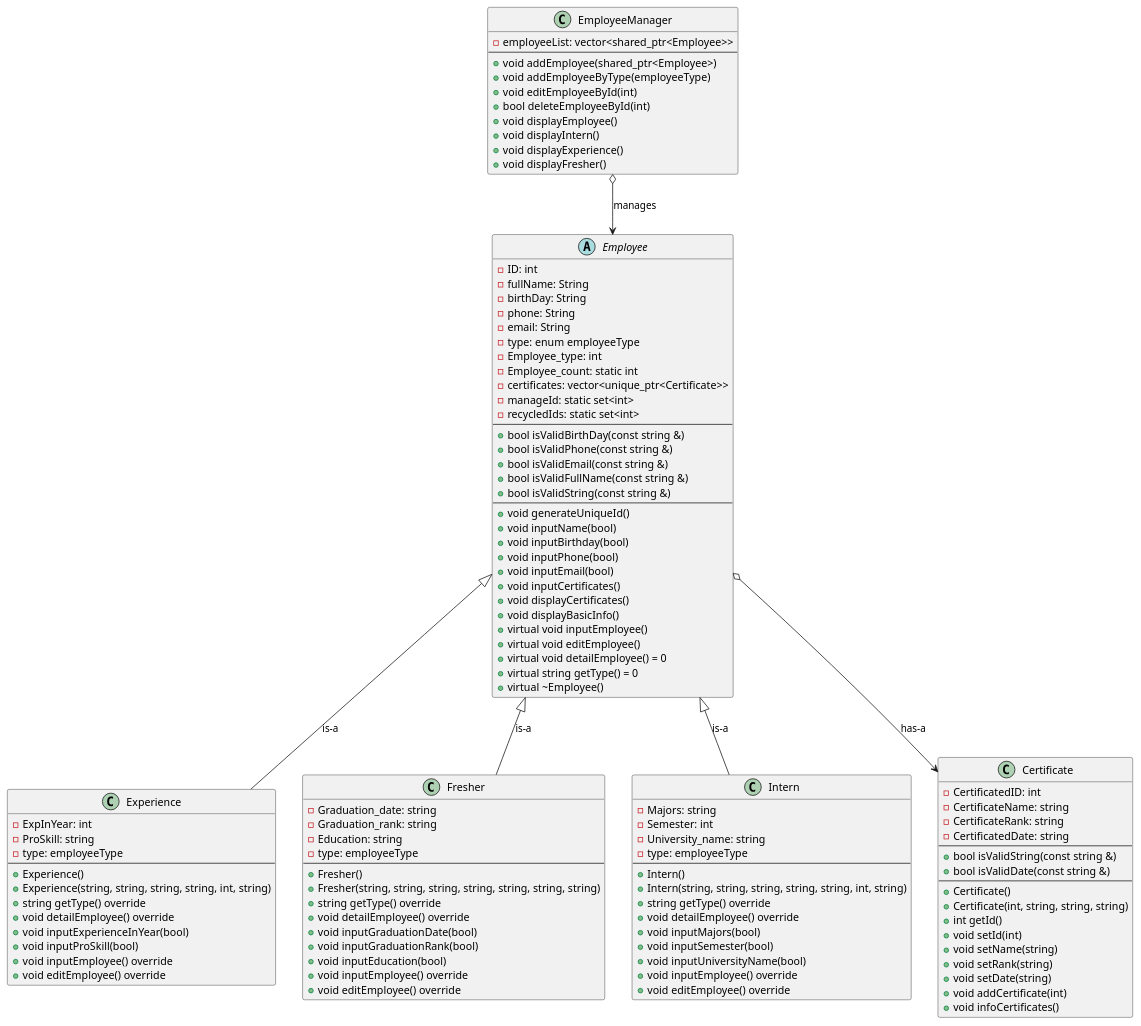
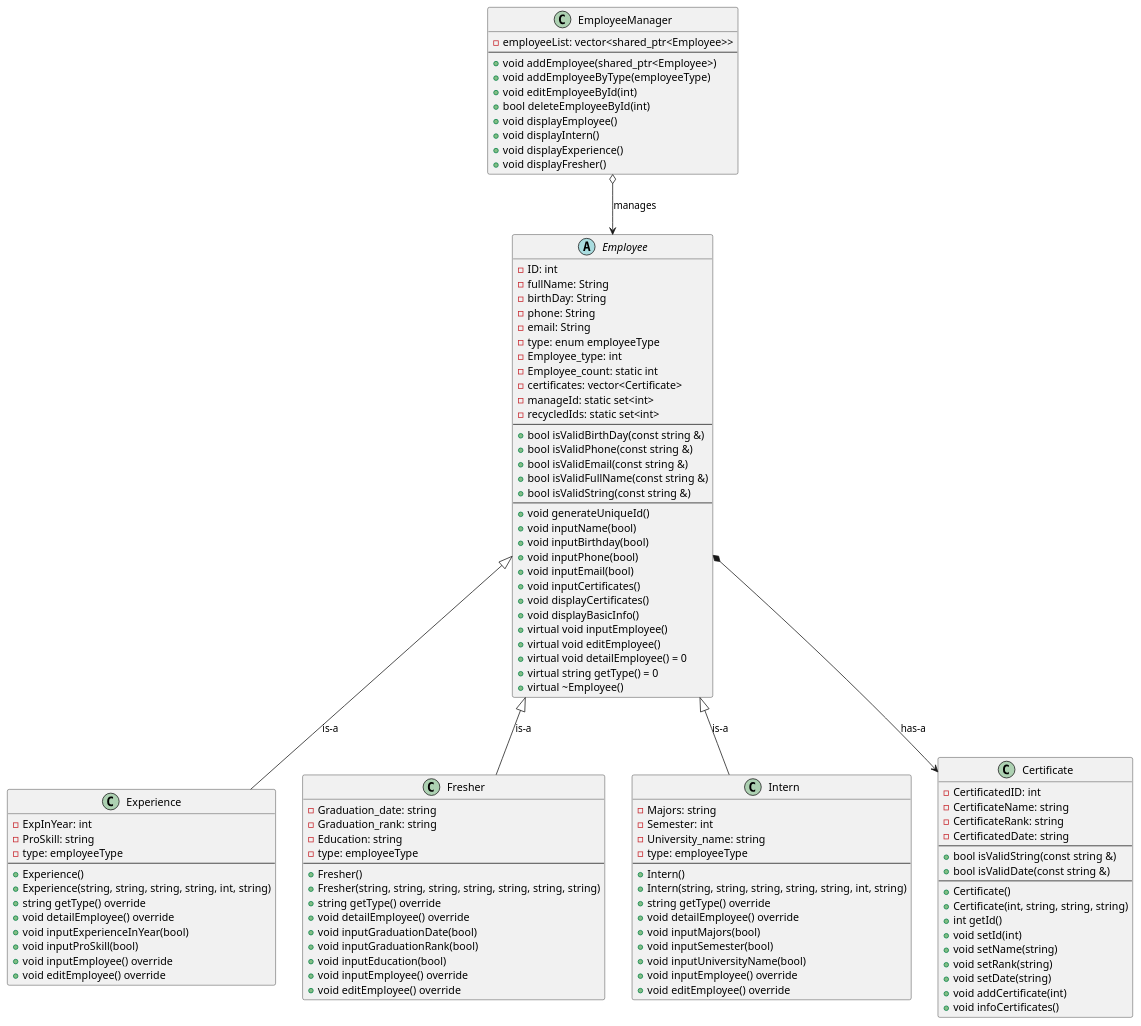
The diagram in .Assigment/OOP/ex13/diagram/diagram.wsd (baobluebird/Basic-C-Cplusplus), drawn with PlantUML before and after one commit. The commit also changed 43 other files, not shown here.

```diff
--- a/.Assigment/OOP/ex13/diagram/diagram.wsd
+++ b/.Assigment/OOP/ex13/diagram/diagram.wsd
@@ -1,125 +1,125 @@
 @startuml
 
 abstract class Employee {
     - ID: int
     - fullName: String
     - birthDay: String
     - phone: String
     - email: String
     - type: enum employeeType
     - Employee_type: int
     - Employee_count: static int
-    - certificates: vector<unique_ptr<Certificate>>
+    - certificates: vector<Certificate>
     - manageId: static set<int> 
     - recycledIds: static set<int>
     --
     + bool isValidBirthDay(const string &)
     + bool isValidPhone(const string &)
     + bool isValidEmail(const string &)
     + bool isValidFullName(const string &)
     + bool isValidString(const string &)
     --
     + void generateUniqueId()
     + void inputName(bool)
     + void inputBirthday(bool)
     + void inputPhone(bool)
     + void inputEmail(bool)
     + void inputCertificates()
     + void displayCertificates()
     + void displayBasicInfo()
     + virtual void inputEmployee()
     + virtual void editEmployee()
     + virtual void detailEmployee() = 0
     + virtual string getType() = 0
     + virtual ~Employee()
 }
 
 class Experience {
     - ExpInYear: int
     - ProSkill: string 
     - type: employeeType
     --
     + Experience()
     + Experience(string, string, string, string, int, string)
     + string getType() override
     + void detailEmployee() override
     + void inputExperienceInYear(bool)
     + void inputProSkill(bool)
     + void inputEmployee() override
     + void editEmployee() override
 }
 
 class Fresher {
     - Graduation_date: string 
     - Graduation_rank: string 
     - Education: string 
     - type: employeeType
     --
     + Fresher()
     + Fresher(string, string, string, string, string, string, string)
     + string getType() override
     + void detailEmployee() override
     + void inputGraduationDate(bool)
     + void inputGraduationRank(bool)
     + void inputEducation(bool)
     + void inputEmployee() override
     + void editEmployee() override
 }
 
 class Intern {
     - Majors: string 
     - Semester: int 
     - University_name: string 
     - type: employeeType
     --
     + Intern()
     + Intern(string, string, string, string, string, int, string)
     + string getType() override
     + void detailEmployee() override
     + void inputMajors(bool)
     + void inputSemester(bool)
     + void inputUniversityName(bool)
     + void inputEmployee() override
     + void editEmployee() override
 }
 
 class Certificate {
     - CertificatedID: int
     - CertificateName: string
     - CertificateRank: string
     - CertificatedDate: string
     --
     + bool isValidString(const string &)
     + bool isValidDate(const string &)
     --
     + Certificate() 
     + Certificate(int, string, string, string)
     + int getId()
     + void setId(int)
     + void setName(string)
     + void setRank(string)
     + void setDate(string)
     + void addCertificate(int)
     + void infoCertificates()
 }
 
 class EmployeeManager {
     - employeeList: vector<shared_ptr<Employee>>
     --
     + void addEmployee(shared_ptr<Employee>)
     + void addEmployeeByType(employeeType)
     + void editEmployeeById(int)
     + bool deleteEmployeeById(int)
     + void displayEmployee()
     + void displayIntern()
     + void displayExperience()
     + void displayFresher()
 }
 
 Employee <|-- Experience : is-a
 Employee <|-- Fresher : is-a
 Employee <|-- Intern : is-a
 EmployeeManager o--> Employee : manages
-Employee o--> Certificate : has-a
+Employee *--> Certificate : has-a
 
 @enduml
```
